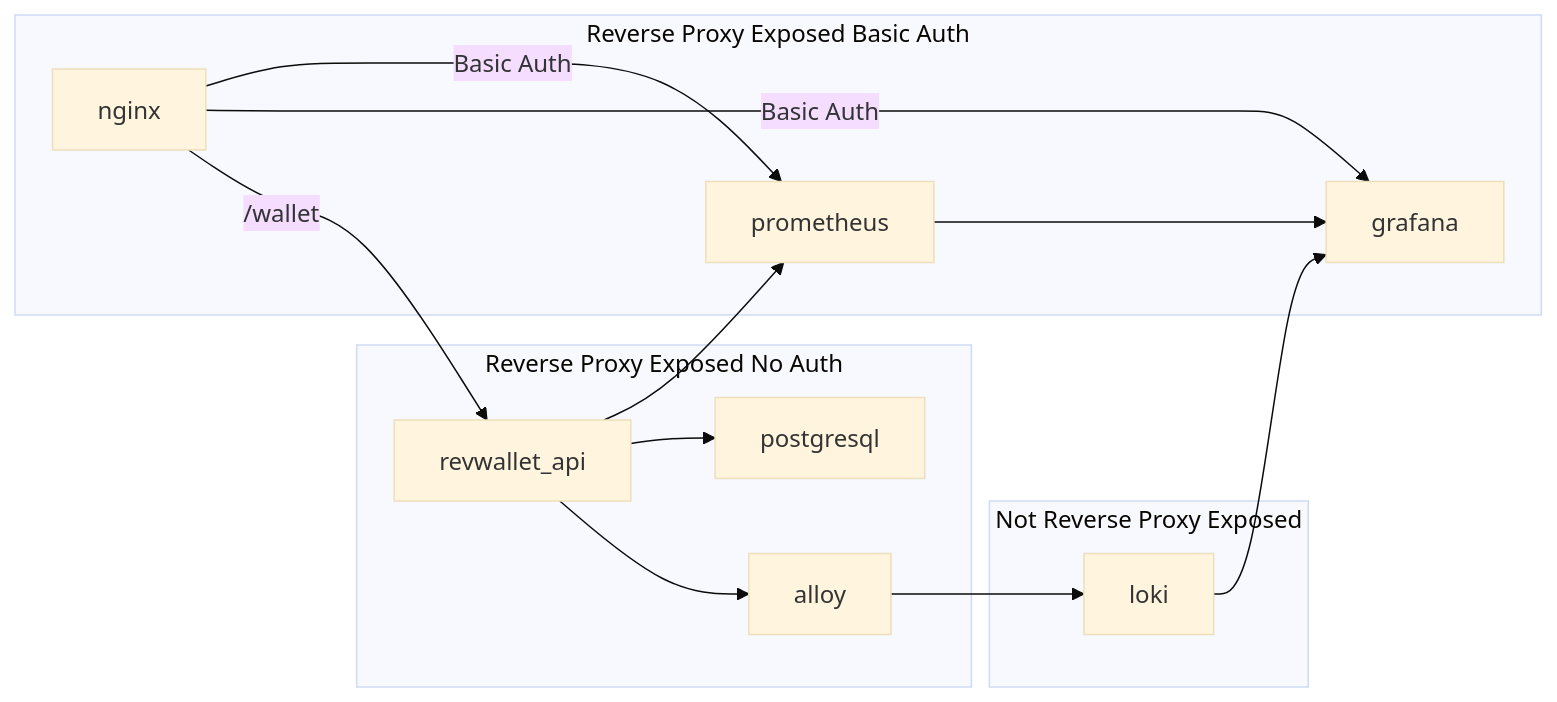
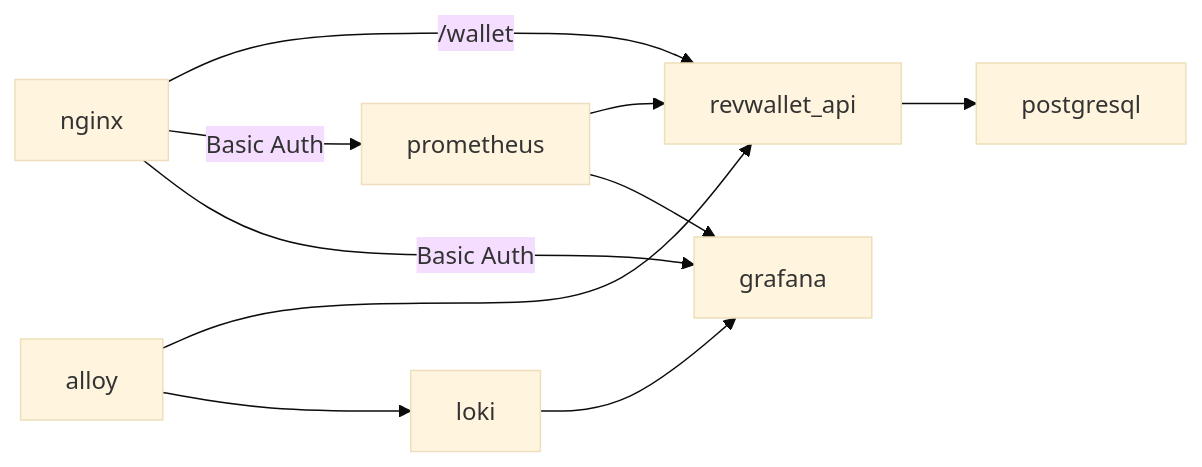
One commit to arthurjguerra/revwallet changed the diagram in README.md. Above: the diagram before and after it, drawn with Mermaid (base theme). The commit also changed other lines of this file, not shown here.

Commit message:
feat: add arch diagram

````diff
--- a/README.md
+++ b/README.md
@@ -17,18 +6,12 @@
 ```mermaid
 flowchart LR
   nginx -- /wallet --> revwallet_api
-  subgraph Reverse Proxy Exposed No Auth
-    revwallet_api --> alloy
-    revwallet_api --> postgresql
-  end
-  subgraph Reverse Proxy Exposed Basic Auth
-    nginx -- Basic Auth --> grafana
-    nginx -- Basic Auth --> prometheus
-    revwallet_api --> prometheus
-  end
-  subgraph Not Reverse Proxy Exposed
-    alloy --> loki
-    loki --> grafana
-    prometheus --> grafana
-  end
+  nginx -- Basic Auth --> prometheus
+  nginx -- Basic Auth --> grafana
+  revwallet_api --> postgresql
+  prometheus --> revwallet_api
+  prometheus --> grafana
+  alloy --> revwallet_api
+  alloy --> loki
+  loki --> grafana
 ```
````
